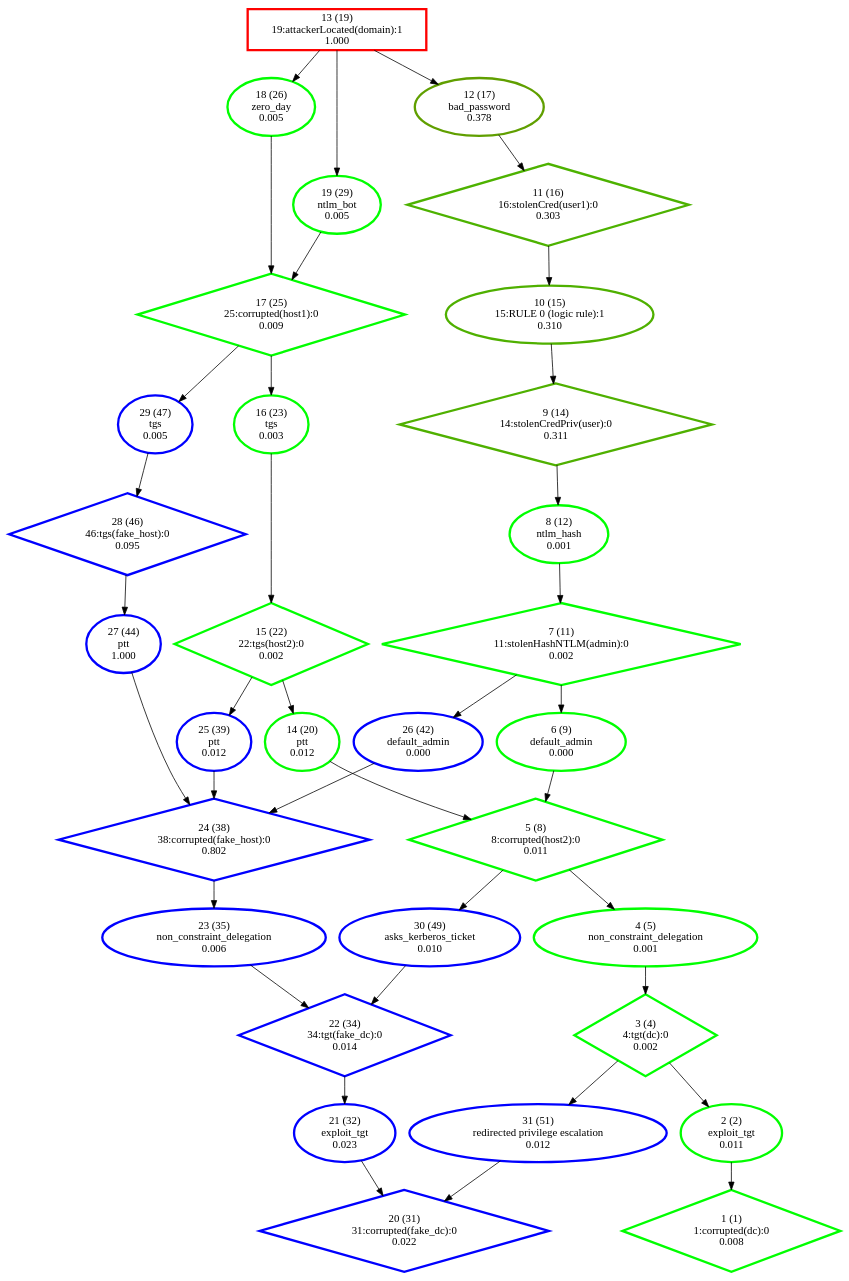
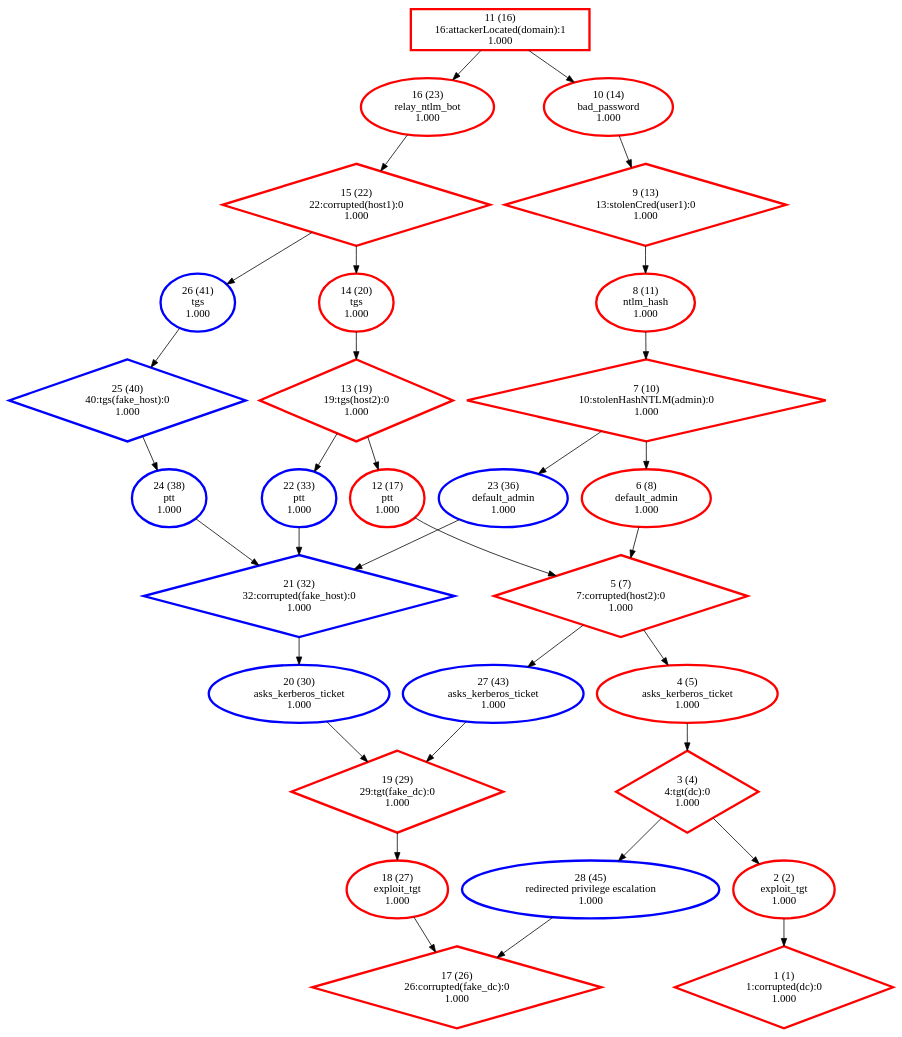
The diagram in Personnal_simulations/output_HightLevel/strongly_connected_components/output_27.dot (NathanaeldeLaChesnais/attacker_profiling_for_BAG_with_honeypots), drawn with Graphviz before and after one commit. The commit also changed 34 other files, not shown here.

```diff
--- a/Personnal_simulations/output_HightLevel/strongly_connected_components/output_27.dot
+++ b/Personnal_simulations/output_HightLevel/strongly_connected_components/output_27.dot
@@ -1,69 +1,62 @@
 digraph G {
-  1 [label="1 (1)\n1:corrupted(dc):0\n0.008", color="#01FE00", penwidth=3, shape="diamond"];
-  2 [label="2 (2)\nexploit_tgt\n0.011", color="#02FD00", penwidth=3, shape="ellipse"];
-  3 [label="3 (4)\n4:tgt(dc):0\n0.002", color="#00FF00", penwidth=3, shape="diamond"];
-  4 [label="4 (5)\nnon_constraint_delegation\n0.001", color="#00FF00", penwidth=3, shape="ellipse"];
-  5 [label="5 (8)\n8:corrupted(host2):0\n0.011", color="#02FD00", penwidth=3, shape="diamond"];
-  6 [label="6 (9)\ndefault_admin\n0.000", color="#00FF00", penwidth=3, shape="ellipse"];
-  7 [label="7 (11)\n11:stolenHashNTLM(admin):0\n0.002", color="#00FF00", penwidth=3, shape="diamond"];
-  8 [label="8 (12)\nntlm_hash\n0.001", color="#00FF00", penwidth=3, shape="ellipse"];
-  9 [label="9 (14)\n14:stolenCredPriv(user):0\n0.311", color="#4FB000", penwidth=3, shape="diamond"];
-  10 [label="10 (15)\n15:RULE 0 (logic rule):1\n0.310", color="#4FB000", penwidth=3, shape="ellipse"];
-  11 [label="11 (16)\n16:stolenCred(user1):0\n0.303", color="#4DB200", penwidth=3, shape="diamond"];
-  12 [label="12 (17)\nbad_password\n0.378", color="#609F00", penwidth=3, shape="ellipse"];
-  13 [label="13 (19)\n19:attackerLocated(domain):1\n1.000", color="#FE0100", penwidth=3, shape="box"];
-  14 [label="14 (20)\nptt\n0.012", color="#03FC00", penwidth=3, shape="ellipse"];
-  15 [label="15 (22)\n22:tgs(host2):0\n0.002", color="#00FF00", penwidth=3, shape="diamond"];
-  16 [label="16 (23)\ntgs\n0.003", color="#00FF00", penwidth=3, shape="ellipse"];
-  17 [label="17 (25)\n25:corrupted(host1):0\n0.009", color="#02FD00", penwidth=3, shape="diamond"];
-  18 [label="18 (26)\nzero_day\n0.005", color="#01FE00", penwidth=3, shape="ellipse"];
-  19 [label="19 (29)\nntlm_bot\n0.005", color="#01FE00", penwidth=3, shape="ellipse"];
-  20 [label="20 (31)\n31:corrupted(fake_dc):0\n0.022", color="blue", penwidth=3, shape="diamond"];
-  21 [label="21 (32)\nexploit_tgt\n0.023", color="blue", penwidth=3, shape="ellipse"];
-  22 [label="22 (34)\n34:tgt(fake_dc):0\n0.014", color="blue", penwidth=3, shape="diamond"];
-  23 [label="23 (35)\nnon_constraint_delegation\n0.006", color="blue", penwidth=3, shape="ellipse"];
-  24 [label="24 (38)\n38:corrupted(fake_host):0\n0.802", color="blue", penwidth=3, shape="diamond"];
-  25 [label="25 (39)\nptt\n0.012", color="blue", penwidth=3, shape="ellipse"];
-  26 [label="26 (42)\ndefault_admin\n0.000", color="blue", penwidth=3, shape="ellipse"];
-  27 [label="27 (44)\nptt\n1.000", color="blue", penwidth=3, shape="ellipse"];
-  28 [label="28 (46)\n46:tgs(fake_host):0\n0.095", color="blue", penwidth=3, shape="diamond"];
-  29 [label="29 (47)\ntgs\n0.005", color="blue", penwidth=3, shape="ellipse"];
-  30 [label="30 (49)\nasks_kerberos_ticket\n0.010", color="blue", penwidth=3, shape="ellipse"];
-  31 [label="31 (51)\nredirected privilege escalation\n0.012", color="blue", penwidth=3, shape="ellipse"];
-  "13" -> "12";
-  "13" -> "18";
-  "13" -> "19";
-  "12" -> "11";
+  1 [label="1 (1)\n1:corrupted(dc):0\n1.000", color="#FF0000", penwidth=3, shape="diamond"];
+  2 [label="2 (2)\nexploit_tgt\n1.000", color="#FF0000", penwidth=3, shape="ellipse"];
+  3 [label="3 (4)\n4:tgt(dc):0\n1.000", color="#FF0000", penwidth=3, shape="diamond"];
+  4 [label="4 (5)\nasks_kerberos_ticket\n1.000", color="#FF0000", penwidth=3, shape="ellipse"];
+  5 [label="5 (7)\n7:corrupted(host2):0\n1.000", color="#FF0000", penwidth=3, shape="diamond"];
+  6 [label="6 (8)\ndefault_admin\n1.000", color="#FF0000", penwidth=3, shape="ellipse"];
+  7 [label="7 (10)\n10:stolenHashNTLM(admin):0\n1.000", color="#FF0000", penwidth=3, shape="diamond"];
+  8 [label="8 (11)\nntlm_hash\n1.000", color="#FF0000", penwidth=3, shape="ellipse"];
+  9 [label="9 (13)\n13:stolenCred(user1):0\n1.000", color="#FF0000", penwidth=3, shape="diamond"];
+  10 [label="10 (14)\nbad_password\n1.000", color="#FF0000", penwidth=3, shape="ellipse"];
+  11 [label="11 (16)\n16:attackerLocated(domain):1\n1.000", color="#FF0000", penwidth=3, shape="box"];
+  12 [label="12 (17)\nptt\n1.000", color="#FF0000", penwidth=3, shape="ellipse"];
+  13 [label="13 (19)\n19:tgs(host2):0\n1.000", color="#FF0000", penwidth=3, shape="diamond"];
+  14 [label="14 (20)\ntgs\n1.000", color="#FF0000", penwidth=3, shape="ellipse"];
+  15 [label="15 (22)\n22:corrupted(host1):0\n1.000", color="#FF0000", penwidth=3, shape="diamond"];
+  16 [label="16 (23)\nrelay_ntlm_bot\n1.000", color="#FF0000", penwidth=3, shape="ellipse"];
+  17 [label="17 (26)\n26:corrupted(fake_dc):0\n1.000", color="#FF0000", penwidth=3, shape="diamond"];
+  18 [label="18 (27)\nexploit_tgt\n1.000", color="#FF0000", penwidth=3, shape="ellipse"];
+  19 [label="19 (29)\n29:tgt(fake_dc):0\n1.000", color="#FF0000", penwidth=3, shape="diamond"];
+  20 [label="20 (30)\nasks_kerberos_ticket\n1.000", color="blue", penwidth=3, shape="ellipse"];
+  21 [label="21 (32)\n32:corrupted(fake_host):0\n1.000", color="blue", penwidth=3, shape="diamond"];
+  22 [label="22 (33)\nptt\n1.000", color="blue", penwidth=3, shape="ellipse"];
+  23 [label="23 (36)\ndefault_admin\n1.000", color="blue", penwidth=3, shape="ellipse"];
+  24 [label="24 (38)\nptt\n1.000", color="blue", penwidth=3, shape="ellipse"];
+  25 [label="25 (40)\n40:tgs(fake_host):0\n1.000", color="blue", penwidth=3, shape="diamond"];
+  26 [label="26 (41)\ntgs\n1.000", color="blue", penwidth=3, shape="ellipse"];
+  27 [label="27 (43)\nasks_kerberos_ticket\n1.000", color="blue", penwidth=3, shape="ellipse"];
+  28 [label="28 (45)\nredirected privilege escalation\n1.000", color="blue", penwidth=3, shape="ellipse"];
   "11" -> "10";
+  "11" -> "16";
   "10" -> "9";
   "9" -> "8";
   "8" -> "7";
   "7" -> "6";
-  "7" -> "26";
+  "7" -> "23";
   "6" -> "5";
   "5" -> "4";
-  "5" -> "30";
-  "18" -> "17";
-  "17" -> "16";
-  "17" -> "29";
-  "19" -> "17";
+  "5" -> "27";
   "16" -> "15";
   "15" -> "14";
-  "15" -> "25";
-  "14" -> "5";
+  "15" -> "26";
+  "14" -> "13";
+  "13" -> "12";
+  "13" -> "22";
+  "12" -> "5";
   "4" -> "3";
   "3" -> "2";
-  "3" -> "31";
+  "3" -> "28";
   "2" -> "1";
+  "22" -> "21";
+  "21" -> "20";
+  "23" -> "21";
+  "26" -> "25";
   "25" -> "24";
-  "24" -> "23";
-  "26" -> "24";
-  "29" -> "28";
-  "28" -> "27";
-  "27" -> "24";
-  "23" -> "22";
-  "22" -> "21";
-  "30" -> "22";
-  "21" -> "20";
-  "31" -> "20";
+  "24" -> "21";
+  "20" -> "19";
+  "19" -> "18";
+  "27" -> "19";
+  "18" -> "17";
+  "28" -> "17";
 }
```
